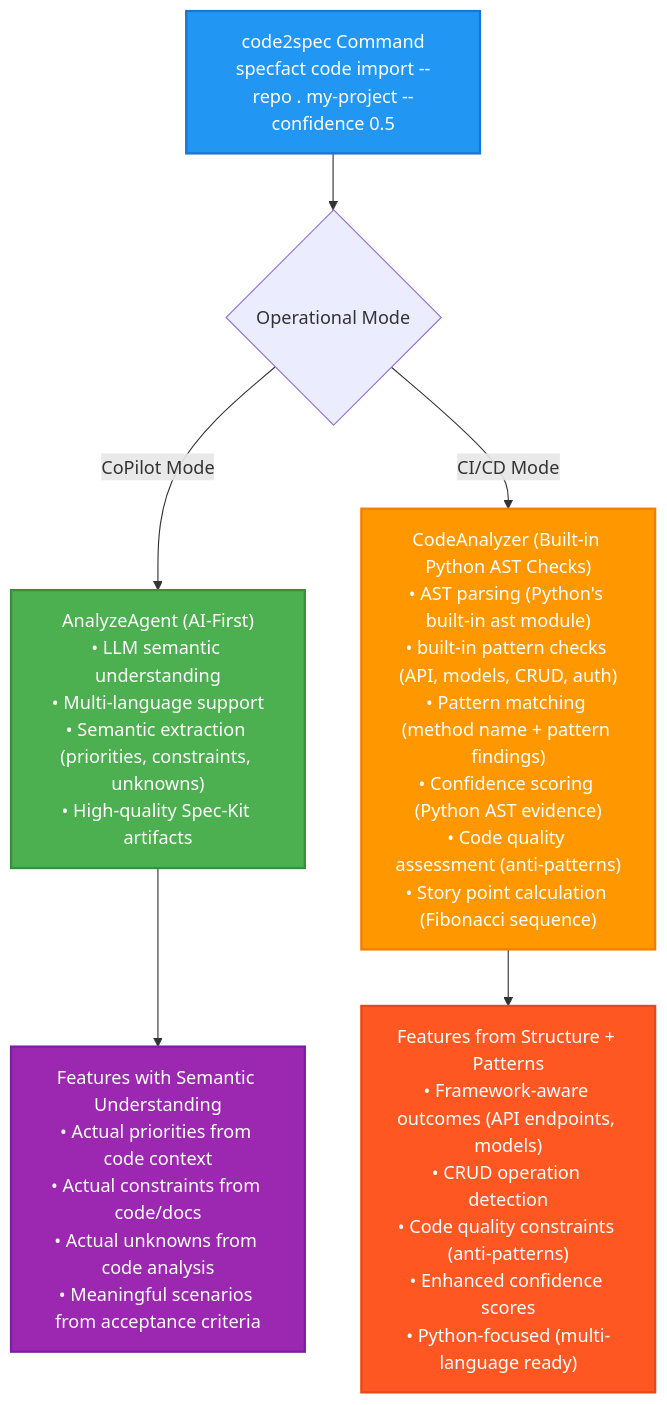
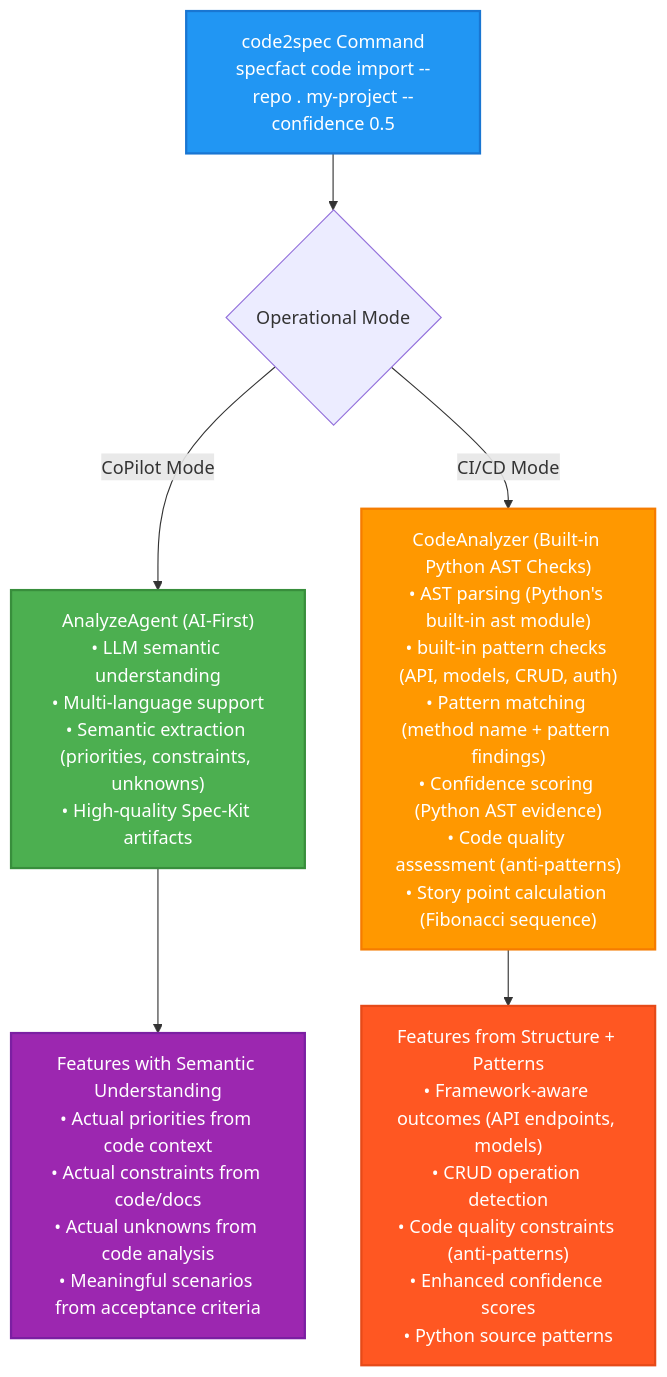
One commit to nold-ai/specfact-cli changed the diagram in docs/technical/code2spec-analysis-logic.md. Above: the diagram before and after it, drawn with Mermaid. The commit also changed other lines of this file and 21 other files, not shown here.

````diff
--- a/docs/technical/code2spec-analysis-logic.md
+++ b/docs/technical/code2spec-analysis-logic.md
@@ -73,18 +73,18 @@
 ```mermaid
 flowchart TD
     A["code2spec Command<br/>specfact code import --repo . my-project --confidence 0.5"] --> B{Operational Mode}
     
     B -->|CoPilot Mode| C["AnalyzeAgent (AI-First)<br/>• LLM semantic understanding<br/>• Multi-language support<br/>• Semantic extraction (priorities, constraints, unknowns)<br/>• High-quality Spec-Kit artifacts"]
     
     B -->|CI/CD Mode| D["CodeAnalyzer (Built-in Python AST Checks)<br/>• AST parsing (Python's built-in ast module)<br/>• built-in pattern checks (API, models, CRUD, auth)<br/>• Pattern matching (method name + pattern findings)<br/>• Confidence scoring (Python AST evidence)<br/>• Code quality assessment (anti-patterns)<br/>• Story point calculation (Fibonacci sequence)"]
     
     C --> E["Features with Semantic Understanding<br/>• Actual priorities from code context<br/>• Actual constraints from code/docs<br/>• Actual unknowns from code analysis<br/>• Meaningful scenarios from acceptance criteria"]
     
-    D --> F["Features from Structure + Patterns<br/>• Framework-aware outcomes (API endpoints, models)<br/>• CRUD operation detection<br/>• Code quality constraints (anti-patterns)<br/>• Enhanced confidence scores<br/>• Python-focused (multi-language ready)"]
+    D --> F["Features from Structure + Patterns<br/>• Framework-aware outcomes (API endpoints, models)<br/>• CRUD operation detection<br/>• Code quality constraints (anti-patterns)<br/>• Enhanced confidence scores<br/>• Python source patterns"]
     
     style A fill:#2196F3,stroke:#1976D2,stroke-width:2px,color:#fff
     style C fill:#4CAF50,stroke:#388E3C,stroke-width:2px,color:#fff
     style D fill:#FF9800,stroke:#F57C00,stroke-width:2px,color:#fff
     style E fill:#9C27B0,stroke:#7B1FA2,stroke-width:2px,color:#fff
     style F fill:#FF5722,stroke:#E64A19,stroke-width:2px,color:#fff
 ```
````
